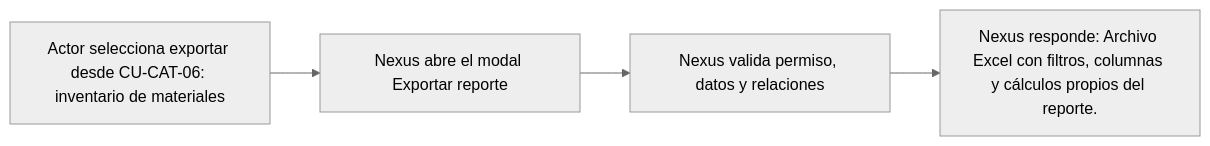
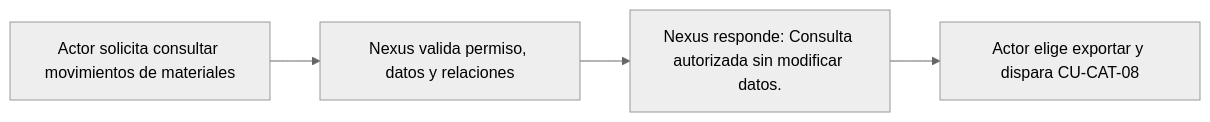
Before and after one commit to gpgsistemas01/nexus: the diagram in docs/requirements/diagrams/catalogs/cu-cat-07.md, drawn with Mermaid (neutral theme). The commit also changed other lines of this file and 207 other files, not shown here.

````diff
--- a/docs/requirements/diagrams/catalogs/cu-cat-07.md
+++ b/docs/requirements/diagrams/catalogs/cu-cat-07.md
@@ -3,6 +3,6 @@
 ```mermaid
 flowchart LR
-    request["Actor selecciona exportar desde CU-CAT-06: inventario de materiales"] --> modal["Nexus abre el modal Exportar reporte"]
-    modal --> validate["Nexus valida permiso, datos y relaciones"]
-    validate --> result["Nexus responde: Archivo Excel con filtros, columnas y cálculos propios del reporte."]
+    request["Actor solicita consultar movimientos de materiales"] --> validate["Nexus valida permiso, datos y relaciones"]
+    validate --> result["Nexus responde: Consulta autorizada sin modificar datos."]
+    result --> report["Actor elige exportar y dispara CU-CAT-08"]
 ```
````
